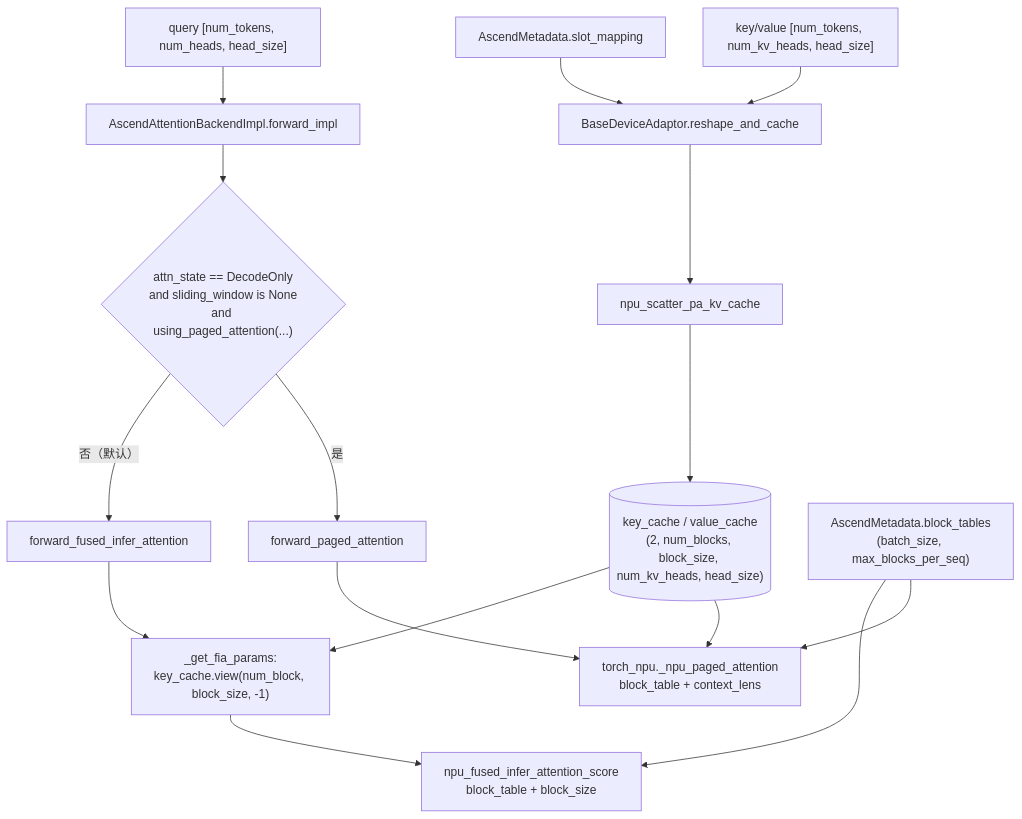
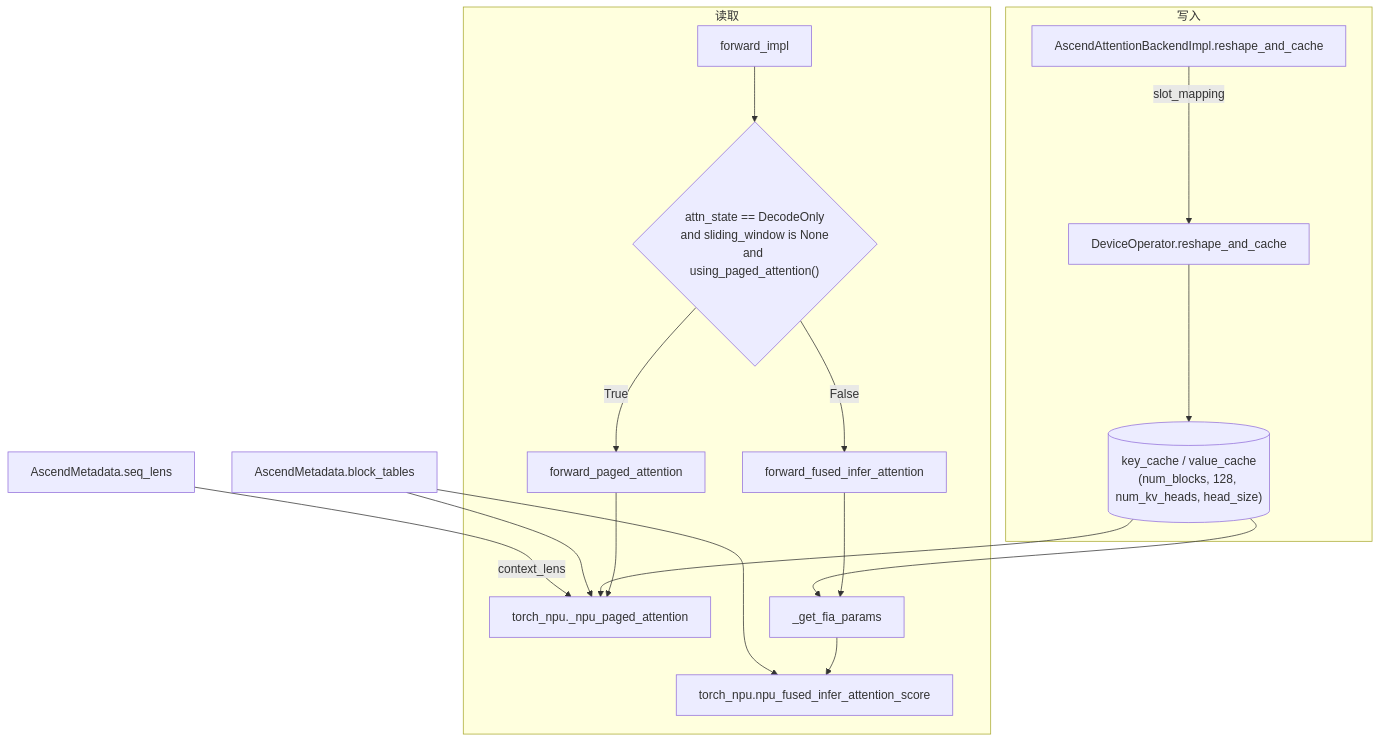
Before and after one commit to BailanCaptain/infer-lab: the diagram in wiki/_drafts/paged-attention.md, drawn with Mermaid. The commit also changed other lines of this file and 21 other files, not shown here.

````diff
--- a/wiki/_drafts/paged-attention.md
+++ b/wiki/_drafts/paged-attention.md
@@ -51,21 +66,20 @@
 ```mermaid
 flowchart TD
-    Q["query [num_tokens, num_heads, head_size]"] --> FI["AscendAttentionBackendImpl.forward_impl"]
-    KV["key/value [num_tokens, num_kv_heads, head_size]"] --> RC["BaseDeviceAdaptor.reshape_and_cache"]
-    SM["AscendMetadata.slot_mapping"] --> RC
-    RC --> SCAT["npu_scatter_pa_kv_cache"]
-    SCAT --> CACHE[("key_cache / value_cache<br/>(2, num_blocks, block_size, num_kv_heads, head_size)")]
-
-    FI --> GATE{"attn_state == DecodeOnly<br/>and sliding_window is None<br/>and using_paged_attention(...)"}
-    GATE -->|"是"| PA["forward_paged_attention"]
-    GATE -->|"否（默认）"| FIA["forward_fused_infer_attention"]
-
-    PA --> PAOP["torch_npu._npu_paged_attention<br/>block_table + context_lens"]
-    FIA --> GFP["_get_fia_params:<br/>key_cache.view(num_block, block_size, -1)"]
-    GFP --> FIAOP["npu_fused_infer_attention_score<br/>block_table + block_size"]
-
-    BT["AscendMetadata.block_tables<br/>(batch_size, max_blocks_per_seq)"] --> PAOP
-    BT --> FIAOP
-    CACHE --> PAOP
-    CACHE --> GFP
+    subgraph 写入
+      RC["AscendAttentionBackendImpl.reshape_and_cache"] -->|slot_mapping| SC["DeviceOperator.reshape_and_cache"]
+      SC --> KC[("key_cache / value_cache<br/>(num_blocks, 128, num_kv_heads, head_size)")]
+    end
+    subgraph 读取
+      FI["forward_impl"] --> UPA{"attn_state == DecodeOnly<br/>and sliding_window is None<br/>and using_paged_attention()"}
+      UPA -->|True| FPA["forward_paged_attention"]
+      UPA -->|False| FFIA["forward_fused_infer_attention"]
+      FPA --> PA["torch_npu._npu_paged_attention"]
+      FFIA --> GFP["_get_fia_params"]
+      GFP --> FIA["torch_npu.npu_fused_infer_attention_score"]
+    end
+    KC --> PA
+    KC --> GFP
+    BT["AscendMetadata.block_tables"] --> PA
+    BT --> FIA
+    SL["AscendMetadata.seq_lens"] -->|context_lens| PA
 ```
````
